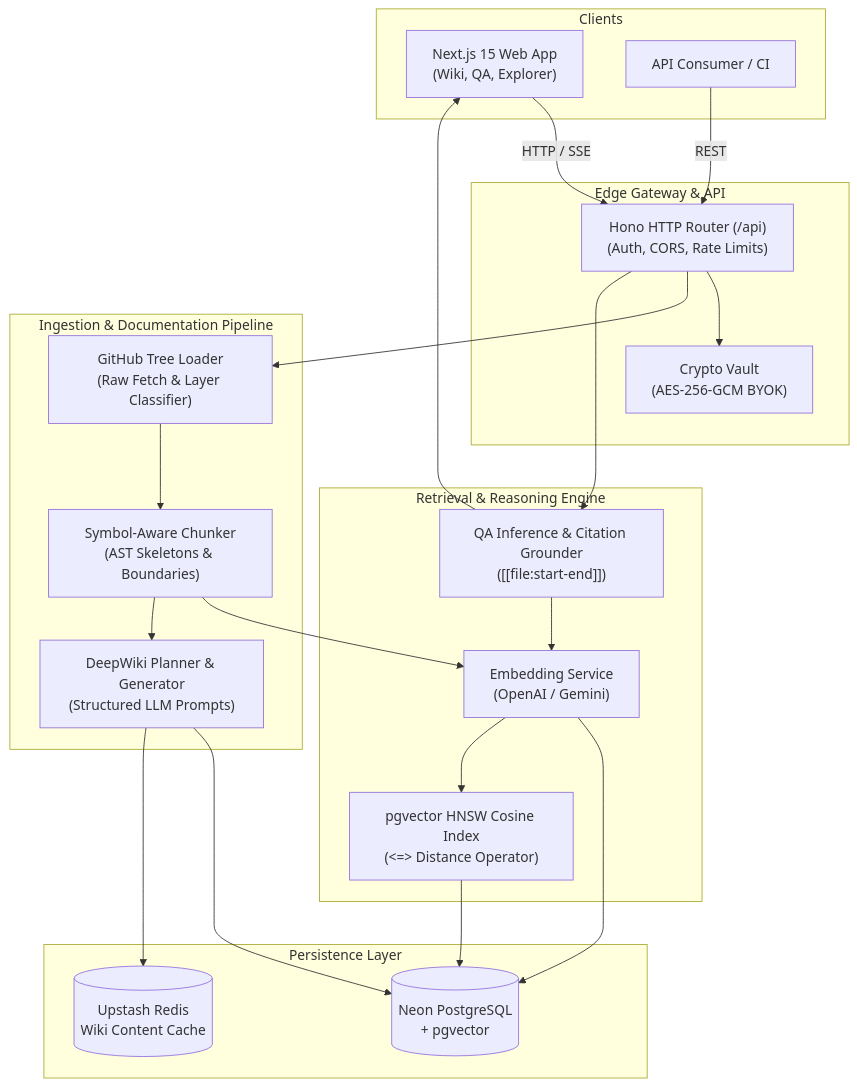
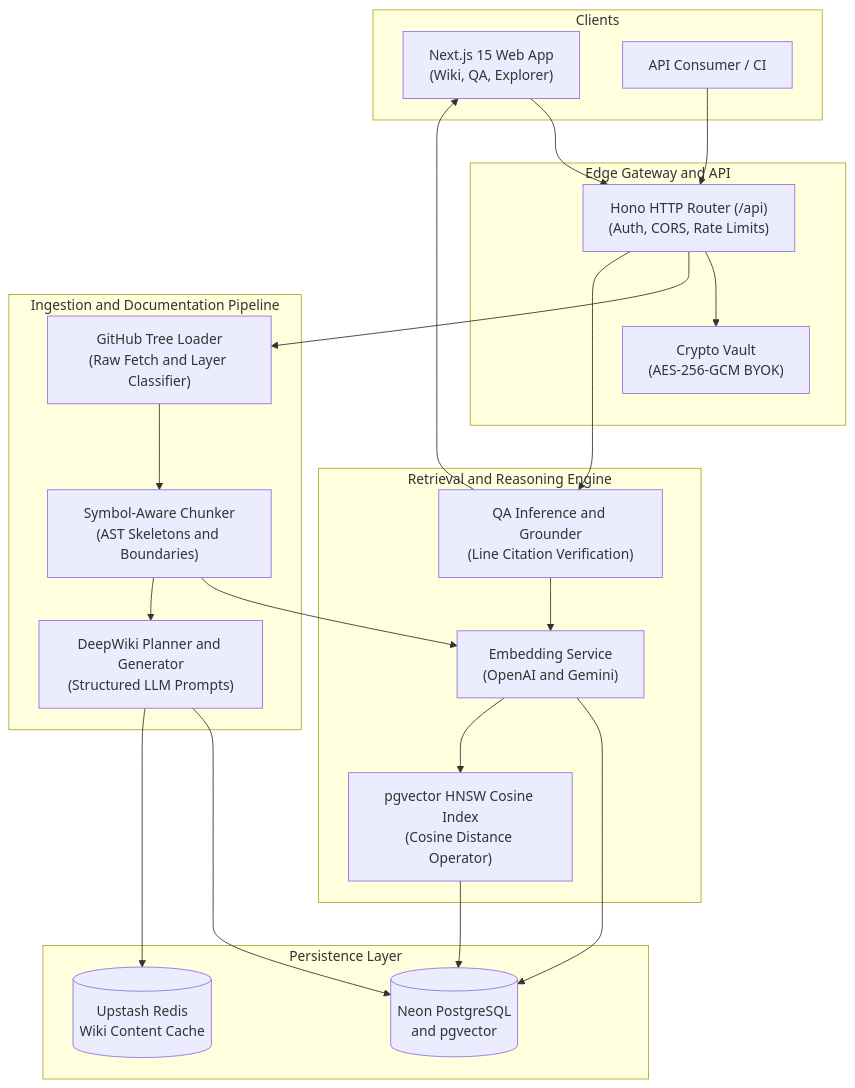
One commit to Ethan4582/RepoSense changed the first of 4 diagrams in system-design.md. Above: the diagram before and after it, drawn with Mermaid. The commit also changed other lines of this file and 1 other file, not shown here.

Commit message:
docs: replace raw schema with mermaid erDiagram and fix diagram syntax

````diff
--- a/system-design.md
+++ b/system-design.md
@@ -102,58 +92,47 @@
 ```mermaid
 flowchart TD
     subgraph Clients["Clients"]
-        Web["Next.js 15 Web App
-(Wiki, QA, Explorer)"]
+        Web["Next.js 15 Web App<br/>(Wiki, QA, Explorer)"]
         CLI["API Consumer / CI"]
     end
 
-    subgraph Gateway["Edge Gateway & API"]
-        HonoApp["Hono HTTP Router (/api)
-(Auth, CORS, Rate Limits)"]
-        Vault["Crypto Vault
-(AES-256-GCM BYOK)"]
+    subgraph Gateway["Edge Gateway and API"]
+        HonoApp["Hono HTTP Router (/api)<br/>(Auth, CORS, Rate Limits)"]
+        Vault["Crypto Vault<br/>(AES-256-GCM BYOK)"]
     end
 
-    subgraph Ingestion["Ingestion & Documentation Pipeline"]
-        GitLoader["GitHub Tree Loader
-(Raw Fetch & Layer Classifier)"]
-        ChunkEngine["Symbol-Aware Chunker
-(AST Skeletons & Boundaries)"]
-        WikiPlanner["DeepWiki Planner & Generator
-(Structured LLM Prompts)"]
+    subgraph Ingestion["Ingestion and Documentation Pipeline"]
+        GitLoader["GitHub Tree Loader<br/>(Raw Fetch and Layer Classifier)"]
+        ChunkEngine["Symbol-Aware Chunker<br/>(AST Skeletons and Boundaries)"]
+        WikiPlanner["DeepWiki Planner and Generator<br/>(Structured LLM Prompts)"]
     end
 
-    subgraph RetrievalEngine["Retrieval & Reasoning Engine"]
-        Embedder["Embedding Service
-(OpenAI / Gemini)"]
-        VectorSearch["pgvector HNSW Cosine Index
-(<=> Distance Operator)"]
-        QAService["QA Inference & Citation Grounder
-([[file:start-end]])"]
+    subgraph RetrievalEngine["Retrieval and Reasoning Engine"]
+        Embedder["Embedding Service<br/>(OpenAI and Gemini)"]
+        VectorSearch["pgvector HNSW Cosine Index<br/>(Cosine Distance Operator)"]
+        QAService["QA Inference and Grounder<br/>(Line Citation Verification)"]
     end
 
     subgraph Storage["Persistence Layer"]
-        Postgres[("Neon PostgreSQL
-+ pgvector")]
-        RedisCache[("Upstash Redis
-Wiki Content Cache")]
+        Postgres[("Neon PostgreSQL<br/>and pgvector")]
+        RedisCache[("Upstash Redis<br/>Wiki Content Cache")]
     end
 
-    Web -->|HTTP / SSE| HonoApp
-    CLI -->|REST| HonoApp
+    Web --> HonoApp
+    CLI --> HonoApp
     HonoApp --> Vault
     HonoApp --> GitLoader
     HonoApp --> QAService
 
     GitLoader --> ChunkEngine
     ChunkEngine --> Embedder
     Embedder --> Postgres
     ChunkEngine --> WikiPlanner
     WikiPlanner --> Postgres
     WikiPlanner --> RedisCache
 
     QAService --> Embedder
     Embedder --> VectorSearch
     VectorSearch --> Postgres
     QAService --> Web
 ```
````
